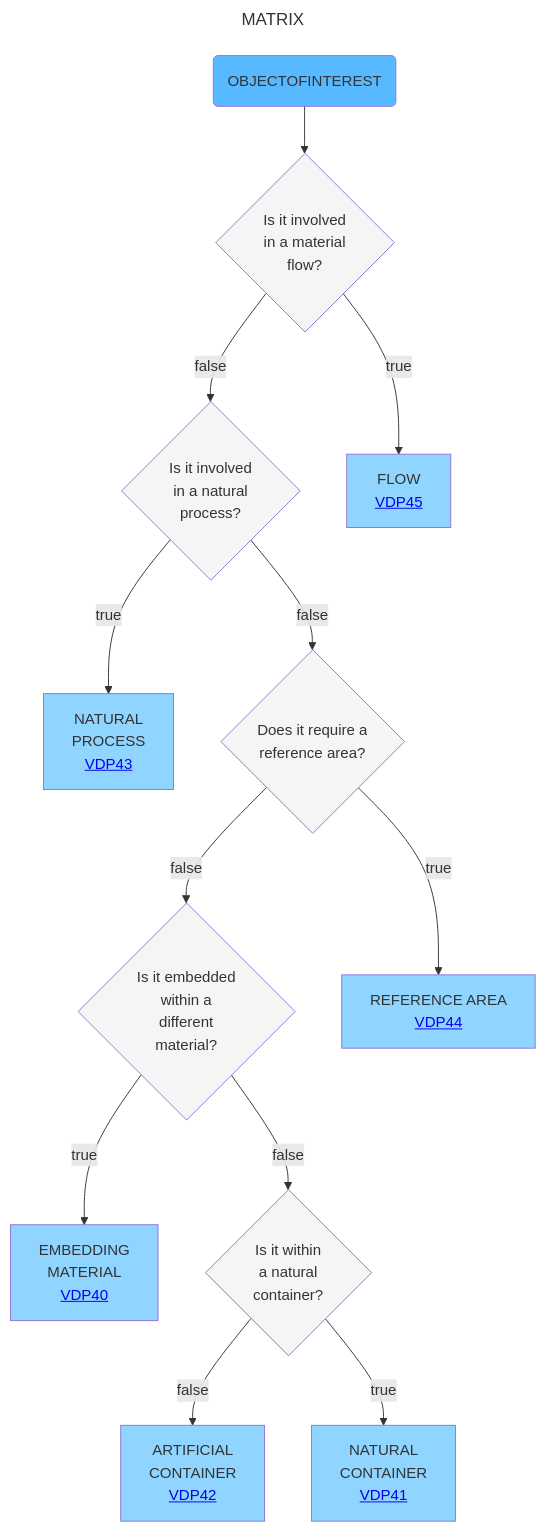
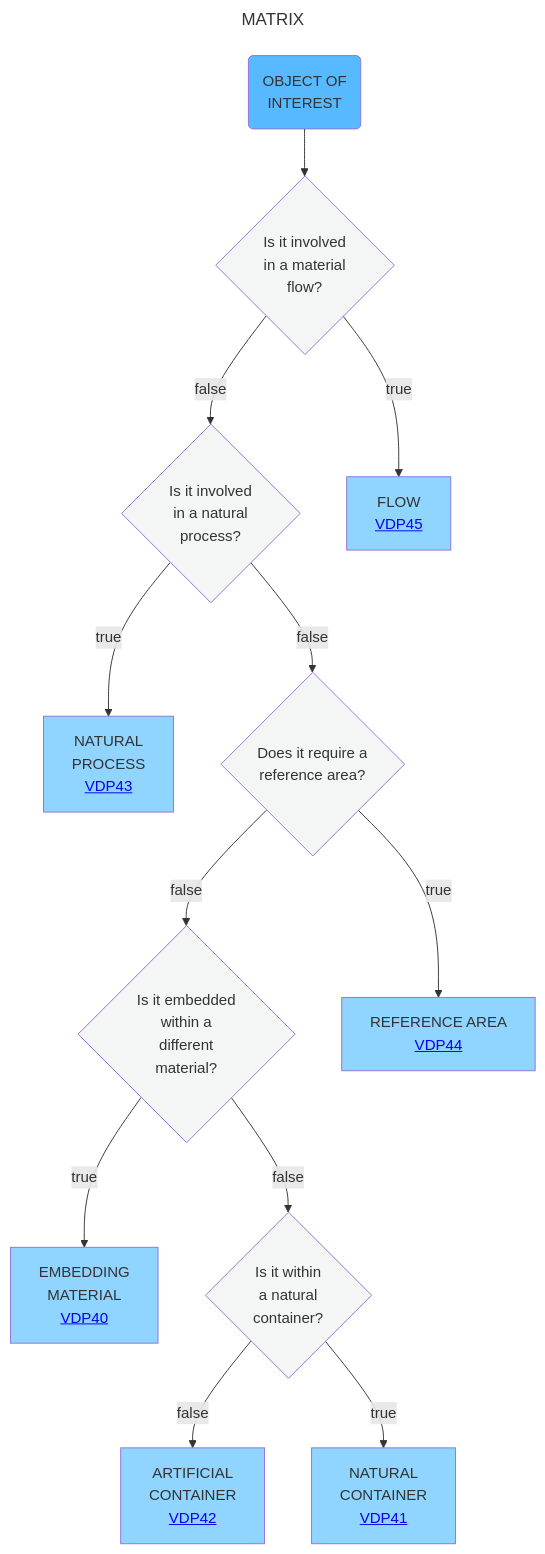
One commit to mabablue/I-ADOPT-patterns-playground changed the diagram in Decisition_trees/DT8.mmd. Above: the diagram before and after it, drawn with Mermaid.

Commit message:
Fix formatting of OBJECT OF INTEREST in DT8.mmd

```diff
--- a/Decisition_trees/DT8.mmd
+++ b/Decisition_trees/DT8.mmd
@@ -1,20 +1,20 @@
 ---
 title: MATRIX
 ---
 flowchart TD
-    A(OBJECTOFINTEREST):::satblue  --> AB{Is it involved <br> in a material <br> flow?}:::white
+    A(OBJECT OF<br> INTEREST):::satblue  --> AB{Is it involved <br> in a material <br> flow?}:::white
     AB --> |false|B{Is it involved <br> in a natural <br>process?}:::white
     AB --> |true|O[FLOW <br> <a href='https://github.com/mabablue/I-ADOPT-patterns-playground/blob/main/pattern/VDP45.yaml'>VDP45</a>]:::blue
     B --> |true|C[NATURAL <br> PROCESS <br> <a href='https://github.com/mabablue/I-ADOPT-patterns-playground/blob/main/pattern/VDP43.yaml'>VDP43</a>]:::blue
     B --> |false|D{Does it require a <br> reference area?}:::white
     D --> |false|E{Is it embedded <br> within a <br> different <br> material?}:::white
     D --> |true|F[REFERENCE AREA <br> <a href='https://github.com/mabablue/I-ADOPT-patterns-playground/blob/main/pattern/VDP44.yaml'>VDP44</a>]:::blue
     E --> |true|G[EMBEDDING <br> MATERIAL <br> <a href='https://github.com/mabablue/I-ADOPT-patterns-playground/blob/main/pattern/VDP40.yaml'>VDP40</a>]:::blue
     E --> |false|H{Is it within <br> a natural <br> container?}:::white
     H --> |false|I[ARTIFICIAL <br> CONTAINER <br> <a href='https://github.com/mabablue/I-ADOPT-patterns-playground/blob/main/pattern/VDP42.yaml'>VDP42</a>]:::blue
     H --> |true|J[NATURAL <br> CONTAINER <br> <a href='https://github.com/mabablue/I-ADOPT-patterns-playground/blob/main/pattern/VDP41.yaml'>VDP41</a>]:::blue
 
    classDef blue fill:#90D5FF
    classDef satblue fill:#57B9FF 
    classDef white fill:#f3f6f4
    classDef green fill:#6aa84f
```
